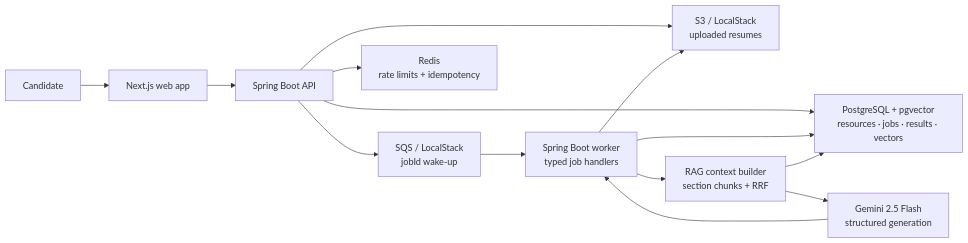
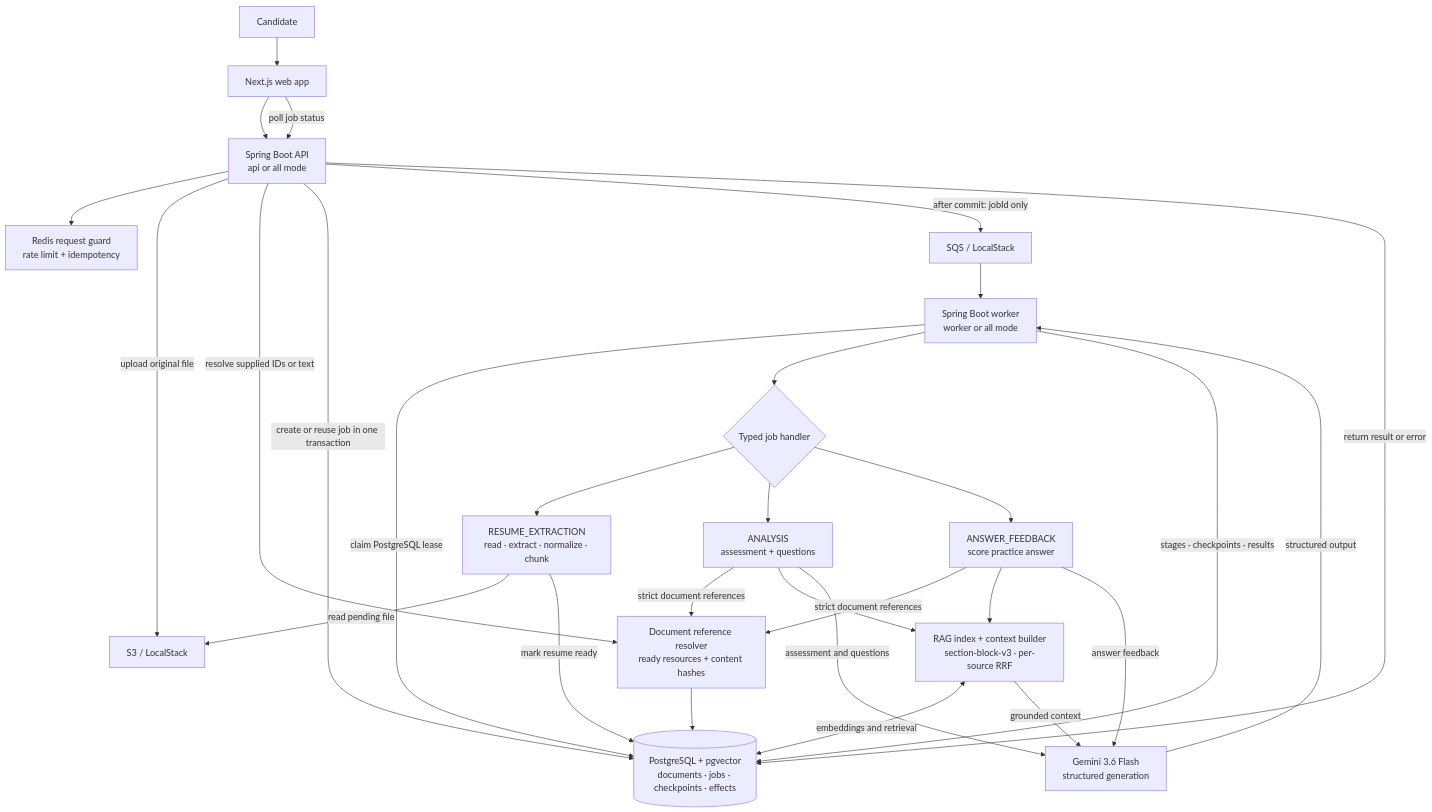
One commit to AzkZzz04/ai_interview changed the diagram in README.md. Above: the diagram before and after it, drawn with Mermaid. The commit also changed other lines of this file, not shown here.

Commit message:
docs: correct architecture flowchart

````diff
--- a/README.md
+++ b/README.md
@@ -19,18 +19,36 @@
 ```mermaid
-flowchart LR
+flowchart TB
   Candidate["Candidate"] --> Web["Next.js web app"]
-  Web --> API["Spring Boot API"]
+  Web --> API["Spring Boot API\napi or all mode"]
+  API --> Guard["Redis request guard\nrate limit + idempotency"]
 
-  API --> Postgres["PostgreSQL + pgvector\nresources · jobs · results · vectors"]
-  API --> S3["S3 / LocalStack\nuploaded resumes"]
-  API --> Queue["SQS / LocalStack\njobId wake-up"]
-  API --> Redis["Redis\nrate limits + idempotency"]
+  API -->|"upload original file"| S3["S3 / LocalStack"]
+  API -->|"resolve supplied IDs or text"| Refs["Document reference resolver\nready resources + content hashes"]
+  Refs --> Store[("PostgreSQL + pgvector\ndocuments · jobs · checkpoints · effects")]
+  API -->|"create or reuse job in one transaction"| Store
+  API -->|"after commit: jobId only"| Queue["SQS / LocalStack"]
 
-  Queue --> Worker["Spring Boot worker\ntyped job handlers"]
-  Worker --> Postgres
-  Worker --> S3
-  Worker --> RAG["RAG context builder\nsection chunks + RRF"]
-  RAG --> Postgres
-  RAG --> Gemini["Gemini 2.5 Flash\nstructured generation"]
-  Gemini --> Worker
+  Queue --> Worker["Spring Boot worker\nworker or all mode"]
+  Worker -->|"claim PostgreSQL lease"| Store
+  Worker --> Handler{"Typed job handler"}
+
+  Handler --> Extract["RESUME_EXTRACTION\nread · extract · normalize · chunk"]
+  Extract -->|"read pending file"| S3
+  Extract -->|"mark resume ready"| Store
+
+  Handler --> Analysis["ANALYSIS\nassessment + questions"]
+  Handler --> Feedback["ANSWER_FEEDBACK\nscore practice answer"]
+  Analysis -->|"strict document references"| Refs
+  Feedback -->|"strict document references"| Refs
+  Analysis --> RAG["RAG index + context builder\nsection-block-v3 · per-source RRF"]
+  Feedback --> RAG
+  RAG <-->|"embeddings and retrieval"| Store
+  RAG -->|"grounded context"| Gemini["Gemini 3.6 Flash\nstructured generation"]
+  Analysis -->|"assessment and questions"| Gemini
+  Feedback -->|"answer feedback"| Gemini
+  Gemini -->|"structured output"| Worker
+
+  Worker -->|"stages · checkpoints · results"| Store
+  Web -->|"poll job status"| API
+  API -->|"return result or error"| Store
 ```
````
